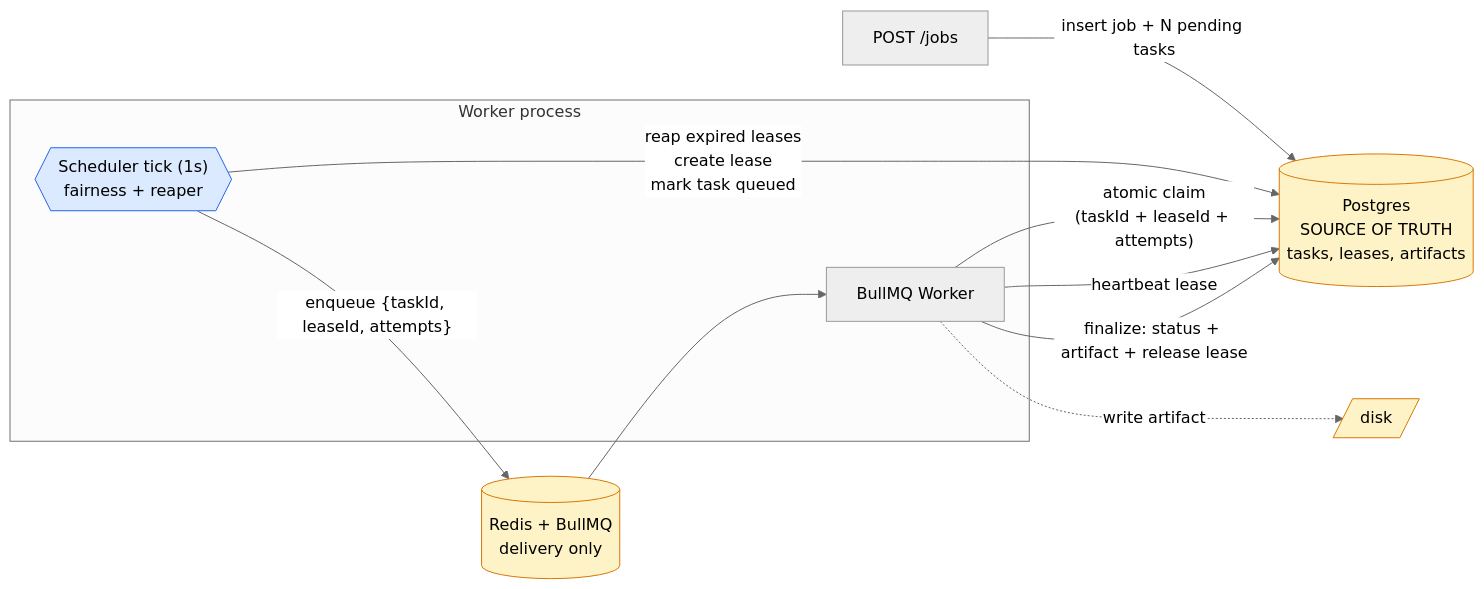
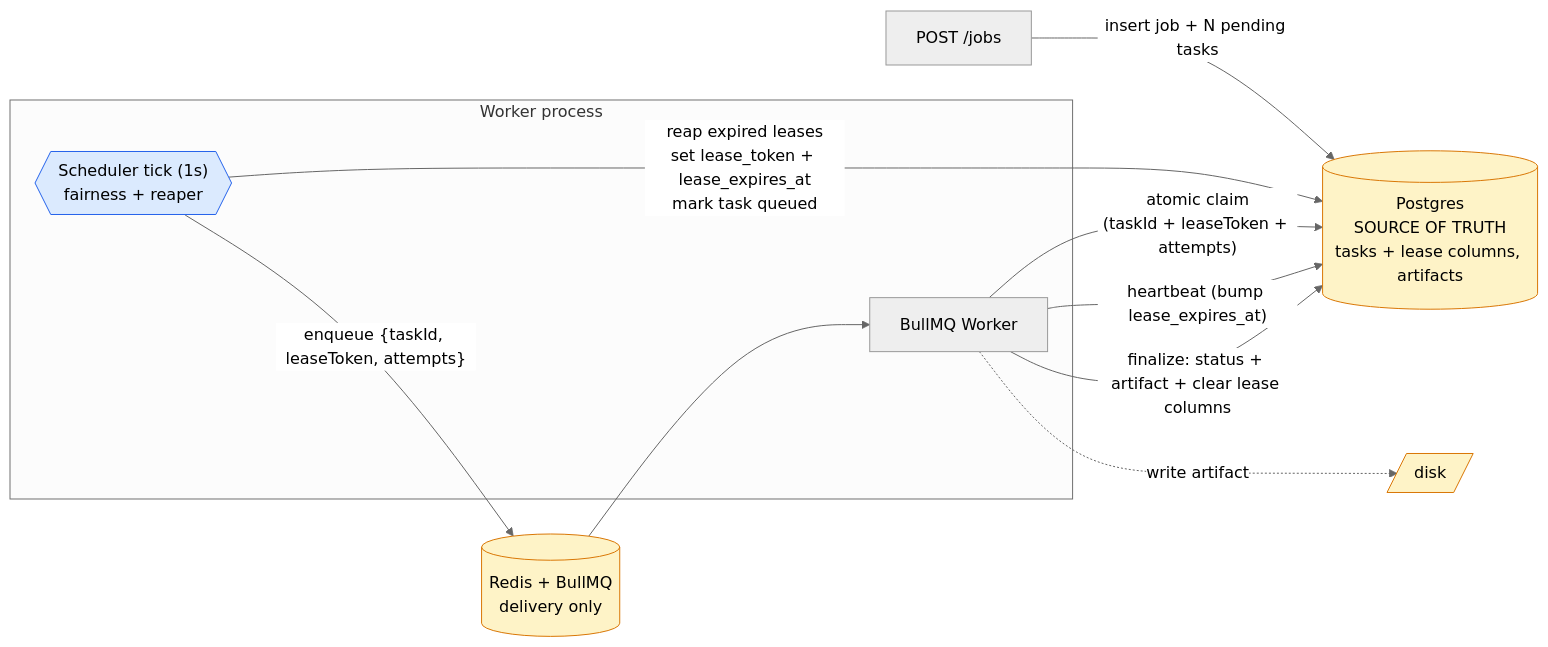
One commit to chaoting-sun/workflow-lab changed the fourth of 4 diagrams in docs/queue-architecture-tradeoffs.md. Above: the diagram before and after it, drawn with Mermaid (neutral theme). The commit also changed other lines of this file and 2 other files, not shown here.

Commit message:
docs: realign lifecycle/timeout/queue docs with ADR-0001
ADR-0001 merged the leases table into lease_token / lease_expires_at /
lease_heartbeat_at columns on tasks, but the docs were never updated.
The ADR's Notes for replan explicitly flagged this work.

- task-lifecycle.md: fix line numbers and rename claimTaskForRun to
  claimTask in the transition table; rewrite the reap step to query
  tasks directly; rewrite Diagnostics SQL (the previous query joined a
  leases table that no longer exists) and call out that single-row
  attribution is now weaker — logs are the source of truth.
- timeout-and-death-detection.md: rewrite mechanism 1 with the actual
  column names and reaper predicate; update atomic-claim guard text
  from "lease unreleased" to lease_token=\$messageToken; refresh both
  timelines; drop the T13 task-tracker code per CLAUDE.md's spirit.
- queue-architecture-tradeoffs.md: update Option D's mermaid, fairness
  paragraph, and comparison-table cells to reflect the single-UPDATE
  reserve and the count(tasks WHERE lease_token IS NOT NULL) accounting.
  Options B and C left as hypothetical alternatives.

````diff
--- a/docs/queue-architecture-tradeoffs.md
+++ b/docs/queue-architecture-tradeoffs.md
@@ -173,22 +173,22 @@
 ```mermaid
 flowchart LR
-    API[POST /jobs] -->|insert job + N pending tasks| DB[(Postgres<br/>SOURCE OF TRUTH<br/>tasks, leases, artifacts)]
+    API[POST /jobs] -->|insert job + N pending tasks| DB[(Postgres<br/>SOURCE OF TRUTH<br/>tasks + lease columns, artifacts)]
 
     subgraph WorkerProc["Worker process"]
         Sched{{"Scheduler tick (1s)<br/>fairness + reaper"}}
         W1[BullMQ Worker]
     end
 
-    Sched -->|"reap expired leases<br/>create lease<br/>mark task queued"| DB
-    Sched -->|"enqueue {taskId, leaseId, attempts}"| Q[(Redis + BullMQ<br/>delivery only)]
+    Sched -->|"reap expired leases<br/>set lease_token + lease_expires_at<br/>mark task queued"| DB
+    Sched -->|"enqueue {taskId, leaseToken, attempts}"| Q[(Redis + BullMQ<br/>delivery only)]
     Q --> W1
-    W1 -->|"atomic claim<br/>(taskId + leaseId + attempts)"| DB
-    W1 -->|"heartbeat lease"| DB
+    W1 -->|"atomic claim<br/>(taskId + leaseToken + attempts)"| DB
+    W1 -->|"heartbeat (bump lease_expires_at)"| DB
     W1 -.write artifact.-> FS[/disk/]
-    W1 -->|"finalize: status + artifact + release lease"| DB
+    W1 -->|"finalize: status + artifact + clear lease columns"| DB
 
     classDef store fill:#fef3c7,stroke:#d97706
     classDef policy fill:#dbeafe,stroke:#2563eb
     class DB,Q,FS store
     class Sched policy
 ```
````
